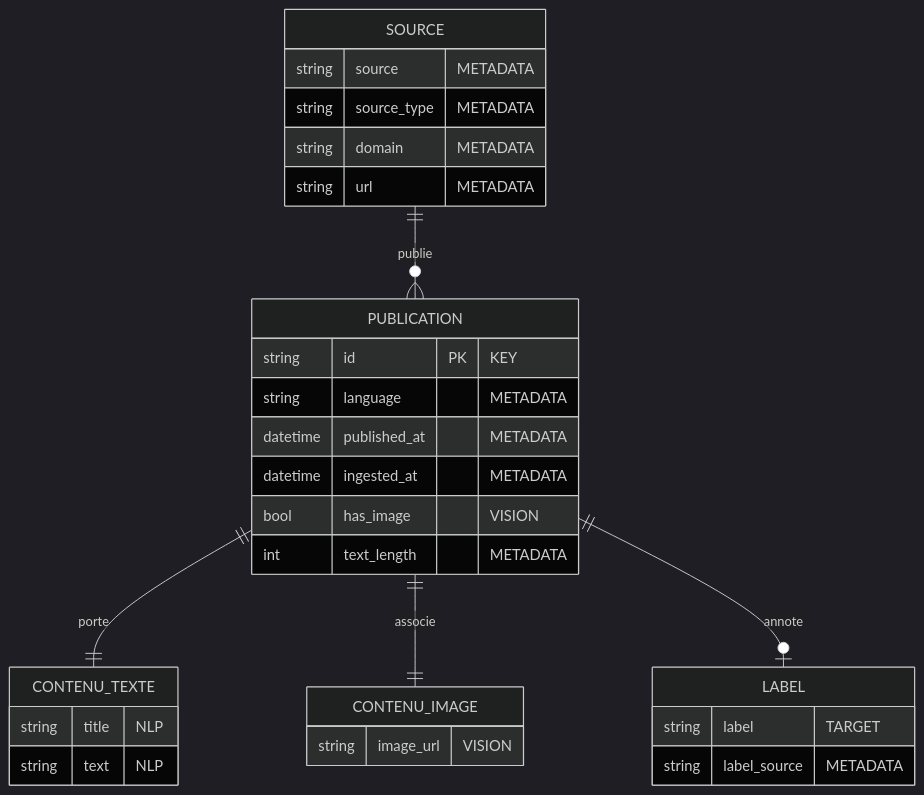
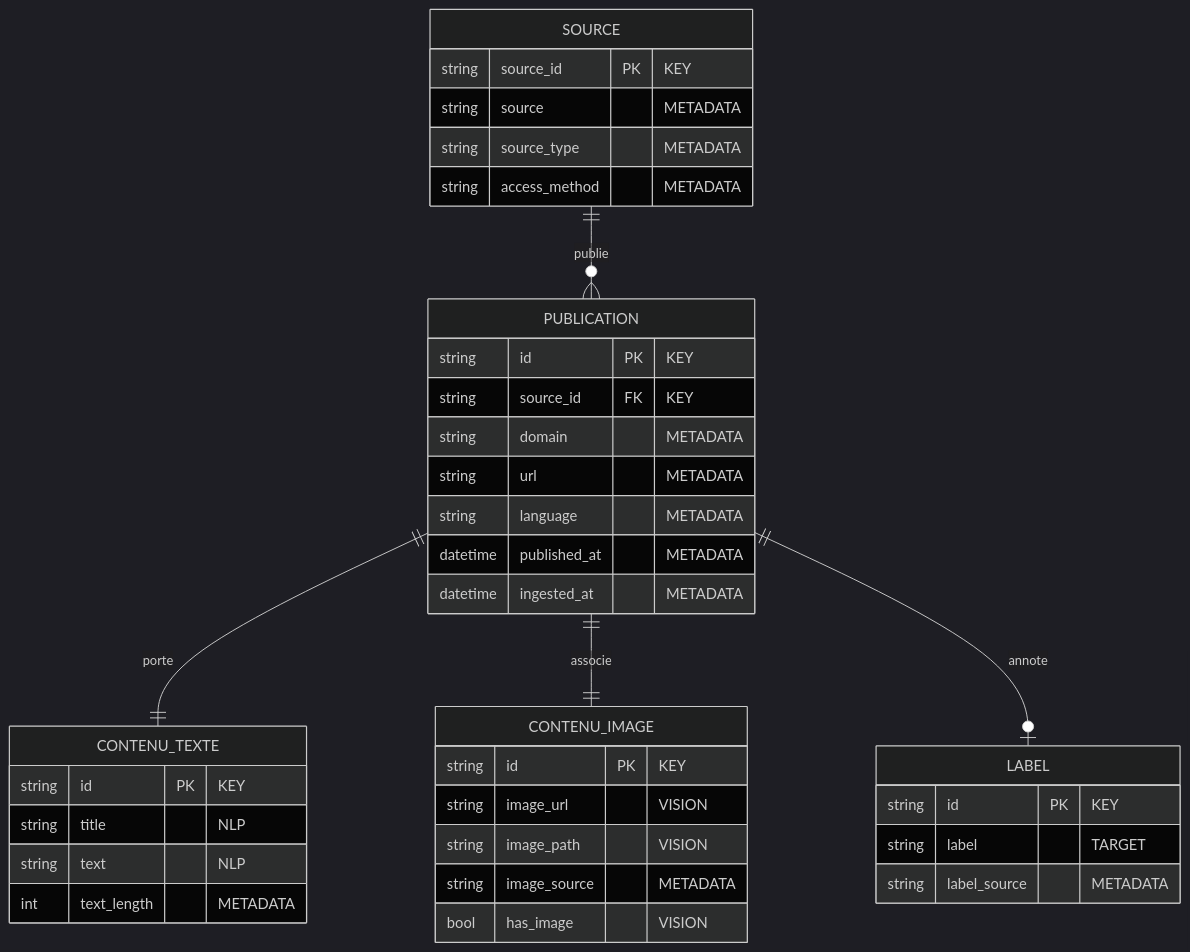
One commit to BenoitJT-GIRARD/lab-multimodal-etl-airflow changed the diagram in docs/schema_donnees.mmd. Above: the diagram before and after it, drawn with Mermaid (dark theme). The commit also changed 14 other files, not shown here.

```diff
--- a/docs/schema_donnees.mmd
+++ b/docs/schema_donnees.mmd
@@ -1,35 +1,43 @@
 erDiagram
     SOURCE ||--o{ PUBLICATION : publie
     PUBLICATION ||--|| CONTENU_TEXTE : porte
     PUBLICATION ||--|| CONTENU_IMAGE : associe
     PUBLICATION ||--o| LABEL : annote
 
     PUBLICATION {
         string id PK "KEY"
+        string source_id FK "KEY"
+        string domain  "METADATA"
+        string url  "METADATA"
         string language  "METADATA"
         datetime published_at  "METADATA"
         datetime ingested_at  "METADATA"
-        bool has_image  "VISION"
+    }
+
+    SOURCE {
+        string source_id PK "KEY"
+        string source  "METADATA"
+        string source_type  "METADATA"
+        string access_method  "METADATA"
+    }
+
+    CONTENU_TEXTE {
+        string id PK "KEY"
+        string title  "NLP"
+        string text  "NLP"
         int text_length  "METADATA"
     }
 
-    SOURCE {
-        string source  "METADATA"
-        string source_type  "METADATA"
-        string domain  "METADATA"
-        string url  "METADATA"
-    }
-
-    CONTENU_TEXTE {
-        string title  "NLP"
-        string text  "NLP"
-    }
-
     CONTENU_IMAGE {
+        string id PK "KEY"
         string image_url  "VISION"
+        string image_path  "VISION"
+        string image_source  "METADATA"
+        bool has_image  "VISION"
     }
 
     LABEL {
+        string id PK "KEY"
         string label  "TARGET"
         string label_source  "METADATA"
     }
```
